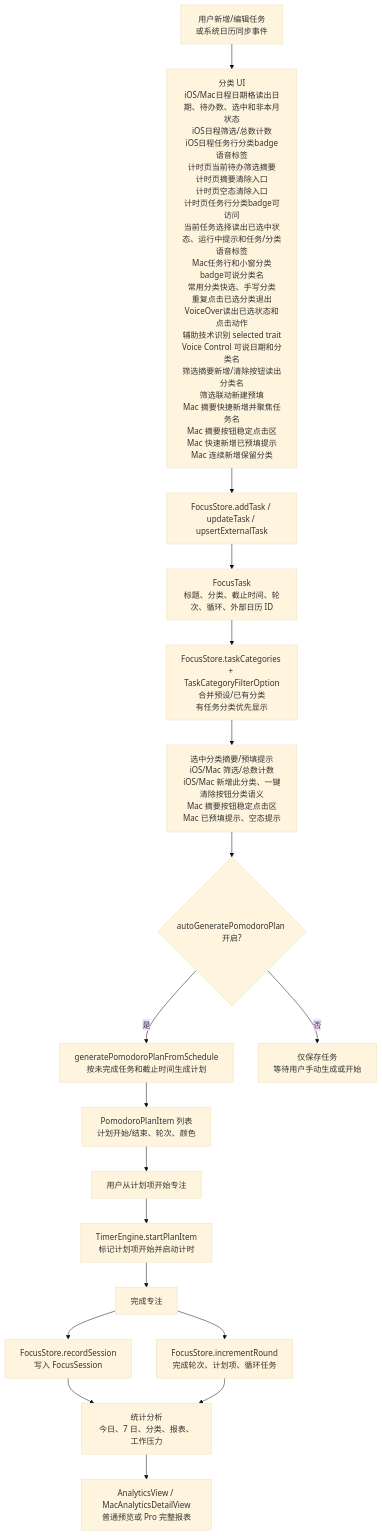
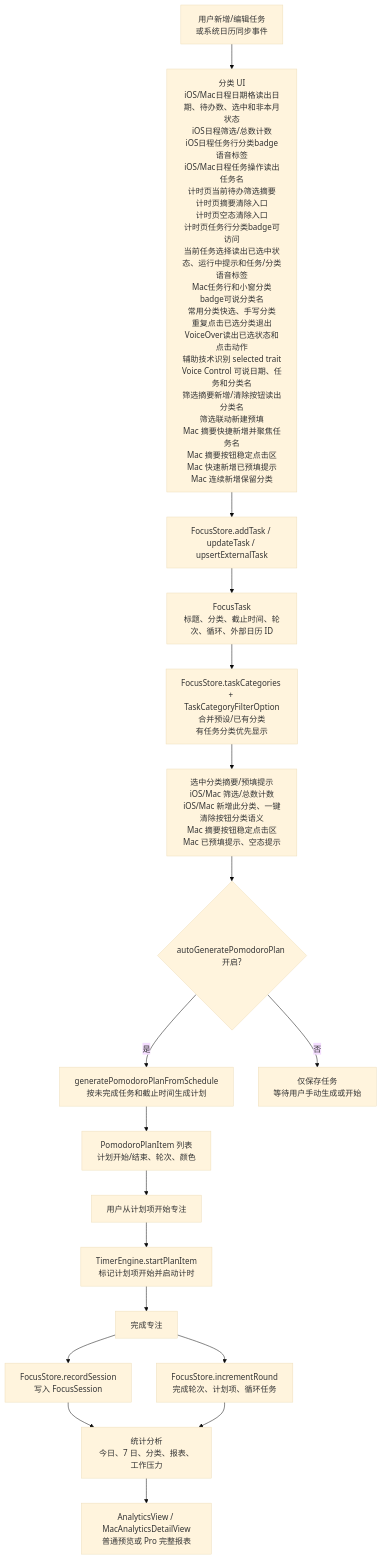
One commit to Altman-sam114/114 changed the third of 6 diagrams in md/flow/flowchart.md. Above: the diagram before and after it, drawn with Mermaid (base theme). The commit also changed other lines of this file and 9 other files, not shown here.

````diff
--- a/md/flow/flowchart.md
+++ b/md/flow/flowchart.md
@@ -63,20 +63,20 @@
 ```mermaid
 flowchart TD
-  A["用户新增/编辑任务<br/>或系统日历同步事件"] --> P0["分类 UI<br/>iOS/Mac日程日期格读出日期、待办数、选中和非本月状态<br/>iOS日程筛选/总数计数<br/>iOS日程任务行分类badge语音标签<br/>计时页当前待办筛选摘要<br/>计时页摘要清除入口<br/>计时页空态清除入口<br/>计时页任务行分类badge可访问<br/>当前任务选择读出已选中状态、运行中提示和任务/分类语音标签<br/>Mac任务行和小窗分类badge可说分类名<br/>常用分类快选、手写分类<br/>重复点击已选分类退出<br/>VoiceOver读出已选状态和点击动作<br/>辅助技术识别 selected trait<br/>Voice Control 可说日期和分类名<br/>筛选摘要新增/清除按钮读出分类名<br/>筛选联动新建预填<br/>Mac 摘要快捷新增并聚焦任务名<br/>Mac 摘要按钮稳定点击区<br/>Mac 快速新增已预填提示<br/>Mac 连续新增保留分类"]
+  A["用户新增/编辑任务<br/>或系统日历同步事件"] --> P0["分类 UI<br/>iOS/Mac日程日期格读出日期、待办数、选中和非本月状态<br/>iOS日程筛选/总数计数<br/>iOS日程任务行分类badge语音标签<br/>iOS/Mac日程任务操作读出任务名<br/>计时页当前待办筛选摘要<br/>计时页摘要清除入口<br/>计时页空态清除入口<br/>计时页任务行分类badge可访问<br/>当前任务选择读出已选中状态、运行中提示和任务/分类语音标签<br/>Mac任务行和小窗分类badge可说分类名<br/>常用分类快选、手写分类<br/>重复点击已选分类退出<br/>VoiceOver读出已选状态和点击动作<br/>辅助技术识别 selected trait<br/>Voice Control 可说日期、任务和分类名<br/>筛选摘要新增/清除按钮读出分类名<br/>筛选联动新建预填<br/>Mac 摘要快捷新增并聚焦任务名<br/>Mac 摘要按钮稳定点击区<br/>Mac 快速新增已预填提示<br/>Mac 连续新增保留分类"]
   P0 --> B["FocusStore.addTask / updateTask / upsertExternalTask"]
   B --> C["FocusTask<br/>标题、分类、截止时间、轮次、循环、外部日历 ID"]
   C --> C2["FocusStore.taskCategories + TaskCategoryFilterOption<br/>合并预设/已有分类<br/>有任务分类优先显示"]
   C2 --> C3["选中分类摘要/预填提示<br/>iOS/Mac 筛选/总数计数<br/>iOS/Mac 新增此分类、一键清除按钮分类语义<br/>Mac 摘要按钮稳定点击区<br/>Mac 已预填提示、空态提示"]
   C3 --> D{"autoGeneratePomodoroPlan 开启?"}
   D -->|是| E["generatePomodoroPlanFromSchedule<br/>按未完成任务和截止时间生成计划"]
   D -->|否| F["仅保存任务<br/>等待用户手动生成或开始"]
   E --> G["PomodoroPlanItem 列表<br/>计划开始/结束、轮次、颜色"]
   G --> H["用户从计划项开始专注"]
   H --> I["TimerEngine.startPlanItem<br/>标记计划项开始并启动计时"]
   I --> J["完成专注"]
   J --> K["FocusStore.incrementRound<br/>完成轮次、计划项、循环任务"]
   J --> L["FocusStore.recordSession<br/>写入 FocusSession"]
   L --> M["统计分析<br/>今日、7 日、分类、报表、工作压力"]
   K --> M
   M --> N["AnalyticsView / MacAnalyticsDetailView<br/>普通预览或 Pro 完整报表"]
 ```
````
